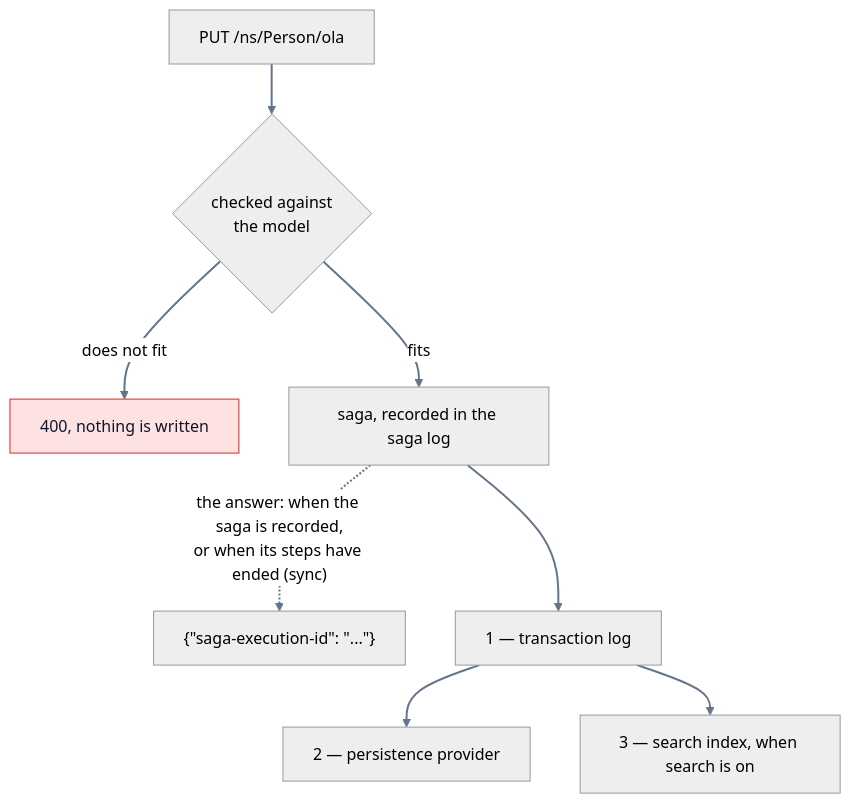
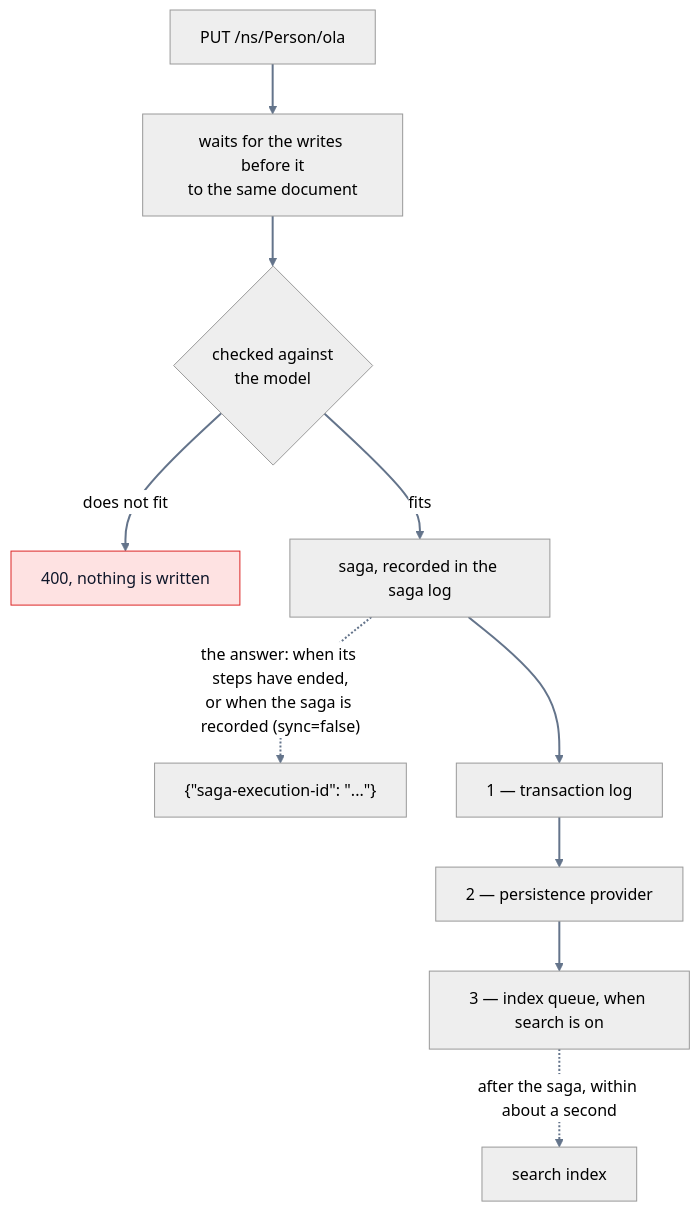
Before and after one commit to descoped/linked-data-store-project: the ninth of 9 diagrams in docs/user/concepts.md, drawn with Mermaid (neutral theme). The commit also changed other lines of this file and 67 other files, not shown here.

First line of the commit message:
The documentation, the site and the plugin of 3.0.1; a document of the saga engine (#66)

````diff
--- a/docs/user/concepts.md
+++ b/docs/user/concepts.md
@@ -886,13 +921,16 @@
 ```mermaid
 flowchart TB
-    put["PUT /ns/Person/ola"] --> check{"checked against<br/>the model"}
+    put["PUT /ns/Person/ola"] --> turn["waits for the writes before it<br/>to the same document"]
+    turn --> check{"checked against<br/>the model"}
     check -- "does not fit" --> refused["400, nothing is written"]
     check -- fits --> saga["saga, recorded in the saga log"]
-    saga -. "the answer: when the saga is recorded,<br/>or when its steps have ended (sync)" .-> answer["{#quot;saga-execution-id#quot;: #quot;...#quot;}"]
+    answer["{#quot;saga-execution-id#quot;: #quot;...#quot;}"]
+    saga -. "the answer: when its steps have ended,<br/>or when the saga is recorded (sync=false)" .-> answer
     saga --> txlog["1 — transaction log"]
     txlog --> store["2 — persistence provider"]
-    txlog --> search["3 — search index, when search is on"]
+    store --> queue["3 — index queue, when search is on"]
+    queue -. "after the saga, within about a second" .-> search["search index"]
     classDef bad fill:#fee2e2,stroke:#dc2626,color:#0f172a
     class refused bad
     linkStyle default stroke:#64748b,stroke-width:2px
 ```
````
